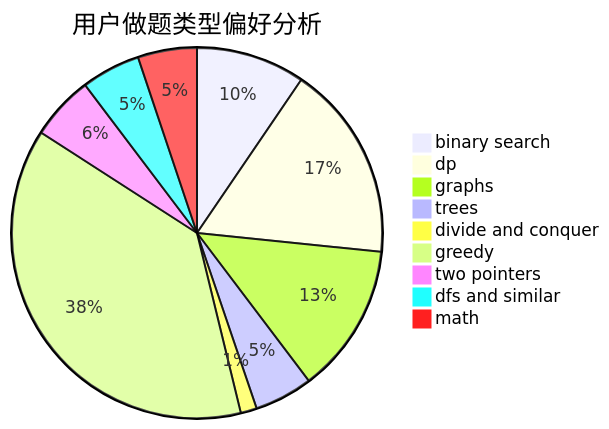
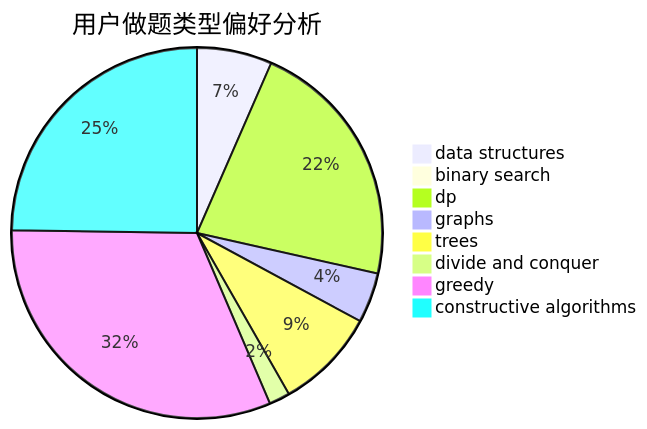
Before and after one commit to sherpahu/cfrs.github.io: the second of 3 diagrams in docs/user/u1358.md, drawn with Mermaid. The commit also changed other lines of this file and 2775 other files, not shown here.

````diff
--- a/docs/user/u1358.md
+++ b/docs/user/u1358.md
@@ -23,12 +23,11 @@
 ```mermaid
 pie title 用户做题类型偏好分析
-    "binary search" :  155
-    "dp" :  279
-    "graphs" :  213
-    "trees" :  83
-    "divide and conquer" :  23
-    "greedy" :  618
-    "two pointers" :  91
-    "dfs and similar" :  84
-    "math" :  84
+    "data structures" :  54
+    "binary search" :  4
+    "dp" :  181
+    "graphs" :  36
+    "trees" :  73
+    "divide and conquer" :  15
+    "greedy" :  261
+    "constructive algorithms" :  204
 ```
````
